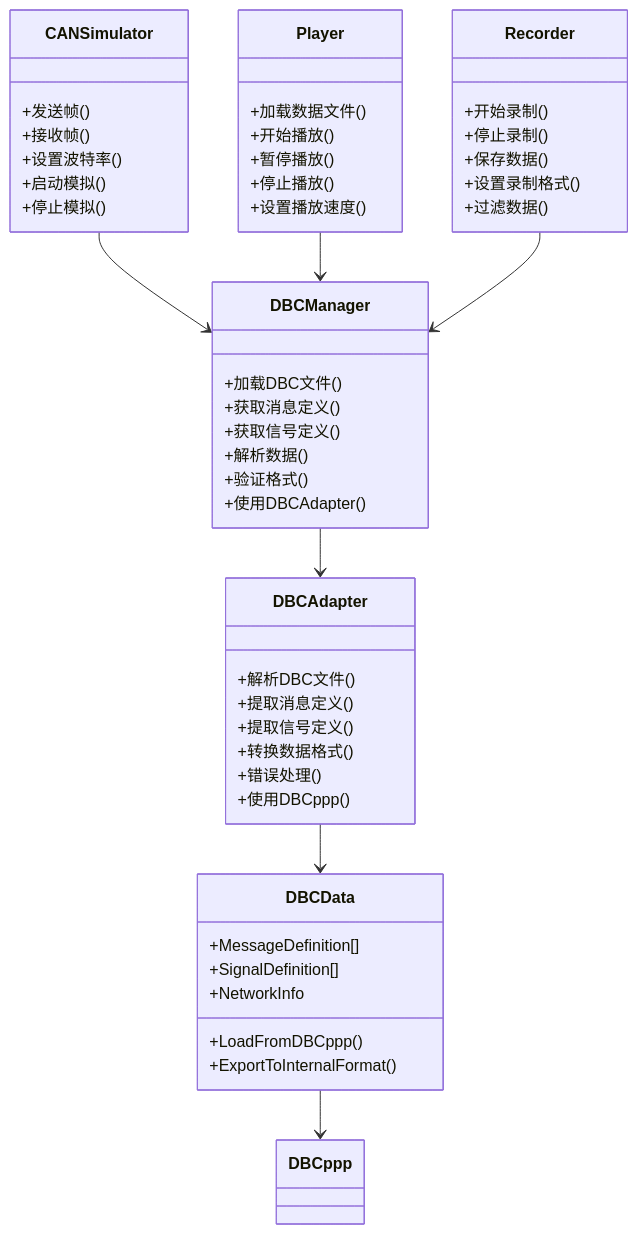
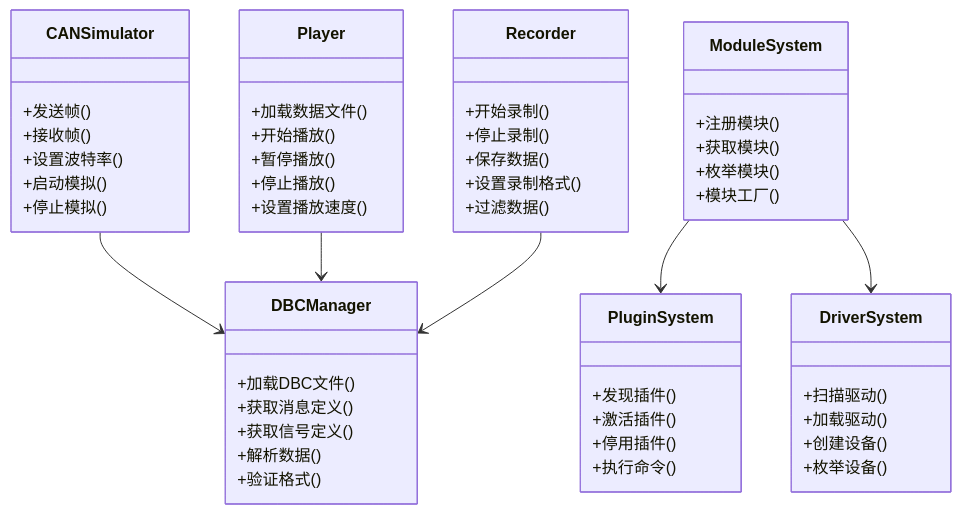
One commit to jakecai1225-design/OpenBus changed the fourth of 11 diagrams in .qoder/repowiki/zh/content/架构设计/架构设计.md. Above: the diagram before and after it, drawn with Mermaid. The commit also changed other lines of this file and 177 other files, not shown here.

````diff
--- a/.qoder/repowiki/zh/content/架构设计/架构设计.md
+++ b/.qoder/repowiki/zh/content/架构设计/架构设计.md
@@ -244,53 +296,54 @@
 ```mermaid
 classDiagram
 class CANSimulator {
 +发送帧()
 +接收帧()
 +设置波特率()
 +启动模拟()
 +停止模拟()
 }
 class DBCManager {
 +加载DBC文件()
 +获取消息定义()
 +获取信号定义()
 +解析数据()
 +验证格式()
-+使用DBCAdapter()
-}
-class DBCAdapter {
-+解析DBC文件()
-+提取消息定义()
-+提取信号定义()
-+转换数据格式()
-+错误处理()
-+使用DBCppp()
-}
-class DBCData {
-+MessageDefinition[]
-+SignalDefinition[]
-+NetworkInfo
-+LoadFromDBCppp()
-+ExportToInternalFormat()
 }
 class Player {
 +加载数据文件()
 +开始播放()
 +暂停播放()
 +停止播放()
 +设置播放速度()
 }
 class Recorder {
 +开始录制()
 +停止录制()
 +保存数据()
 +设置录制格式()
 +过滤数据()
 }
+class ModuleSystem {
++注册模块()
++获取模块()
++枚举模块()
++模块工厂()
+}
+class PluginSystem {
++发现插件()
++激活插件()
++停用插件()
++执行命令()
+}
+class DriverSystem {
++扫描驱动()
++加载驱动()
++创建设备()
++枚举设备()
+}
 CANSimulator --> DBCManager
 Player --> DBCManager
 Recorder --> DBCManager
-DBCManager --> DBCAdapter
-DBCAdapter --> DBCData
-DBCData --> DBCppp
+ModuleSystem --> PluginSystem
+ModuleSystem --> DriverSystem
 ```
````
